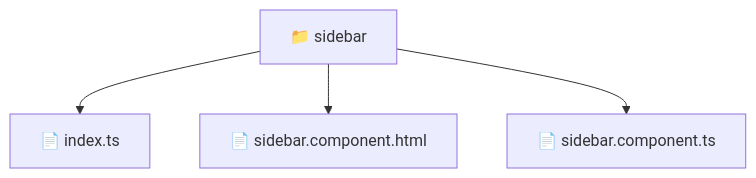
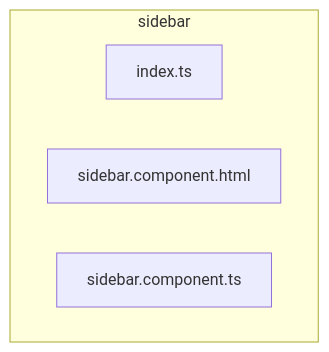
One commit to beginwebdev2002/fullstack-mavluda changed the diagram in frontend/src/widgets/sidebar/README.md. Above: the diagram before and after it, drawn with Mermaid. The commit also changed other lines of this file and 163 other files, not shown here.

````diff
--- a/frontend/src/widgets/sidebar/README.md
+++ b/frontend/src/widgets/sidebar/README.md
@@ -11,7 +15,8 @@
 ```mermaid
 graph TD
-  Root["📁 sidebar"]
-  Root --> index_ts["📄 index.ts"]
-  Root --> sidebar_component_html["📄 sidebar.component.html"]
-  Root --> sidebar_component_ts["📄 sidebar.component.ts"]
+  subgraph sidebar
+    index_ts["index.ts"]
+    sidebar_component_html["sidebar.component.html"]
+    sidebar_component_ts["sidebar.component.ts"]
+  end
 ```
````
